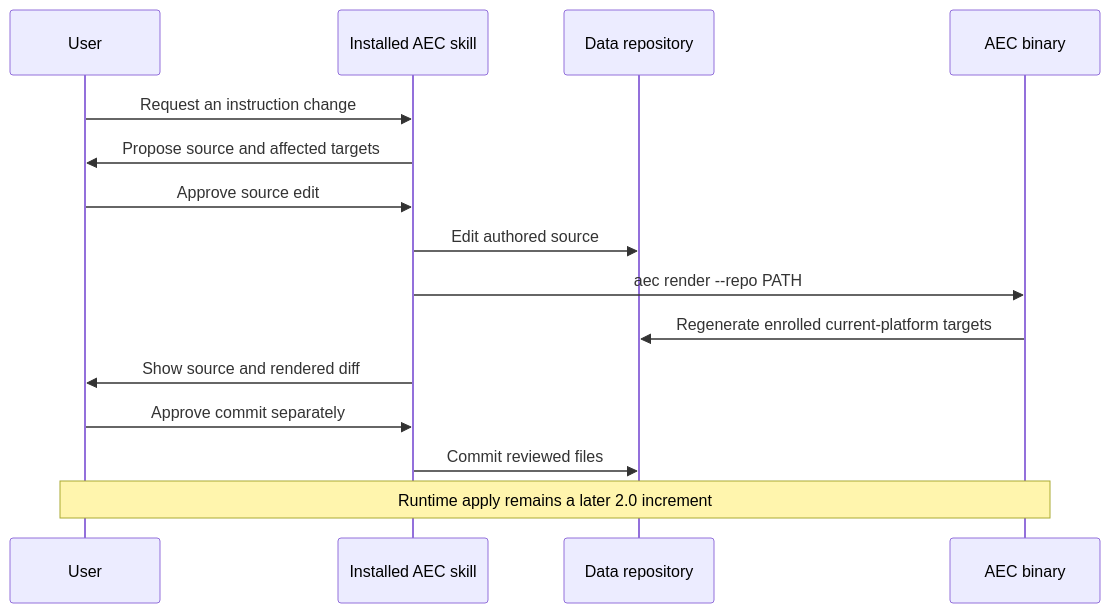
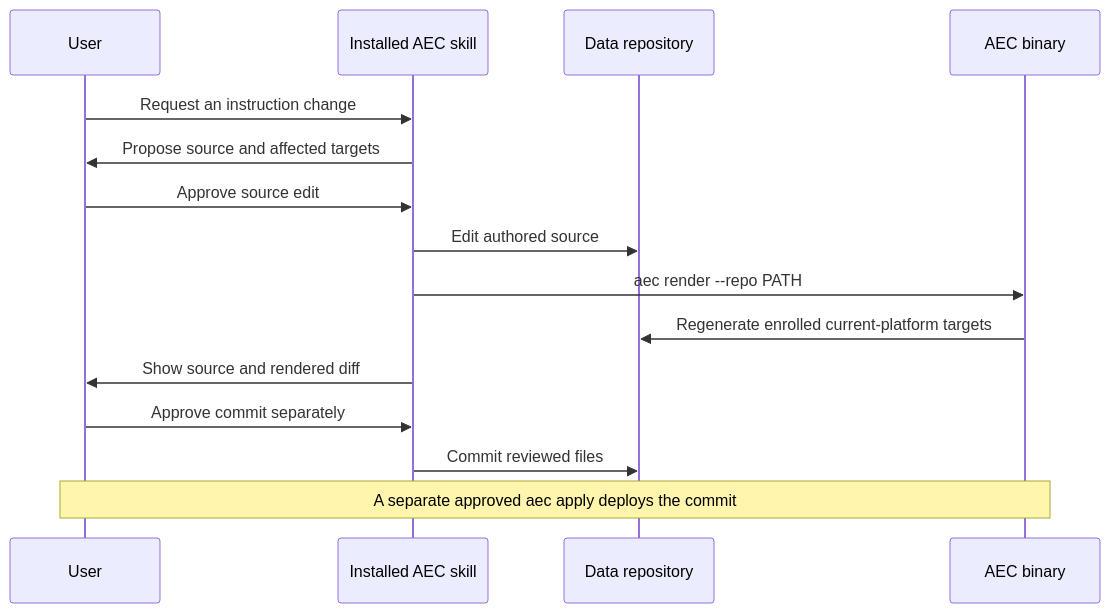
Before and after one commit to ferrywlto/ai-env-as-code: the fifth of 9 diagrams in docs/shared-instructions-design.md, drawn with Mermaid. The commit also changed other lines of this file and 12 other files, not shown here.

````diff
--- a/docs/shared-instructions-design.md
+++ b/docs/shared-instructions-design.md
@@ -113,17 +114,17 @@
 ```mermaid
 sequenceDiagram
     participant User
     participant Skill as Installed AEC skill
     participant Repo as Data repository
     participant CLI as AEC binary
     User->>Skill: Request an instruction change
     Skill->>User: Propose source and affected targets
     User->>Skill: Approve source edit
     Skill->>Repo: Edit authored source
     Skill->>CLI: aec render --repo PATH
     CLI->>Repo: Regenerate enrolled current-platform targets
     Skill->>User: Show source and rendered diff
     User->>Skill: Approve commit separately
     Skill->>Repo: Commit reviewed files
-    Note over User,CLI: Runtime apply remains a later 2.0 increment
+    Note over User,CLI: A separate approved aec apply deploys the commit
 ```
````
